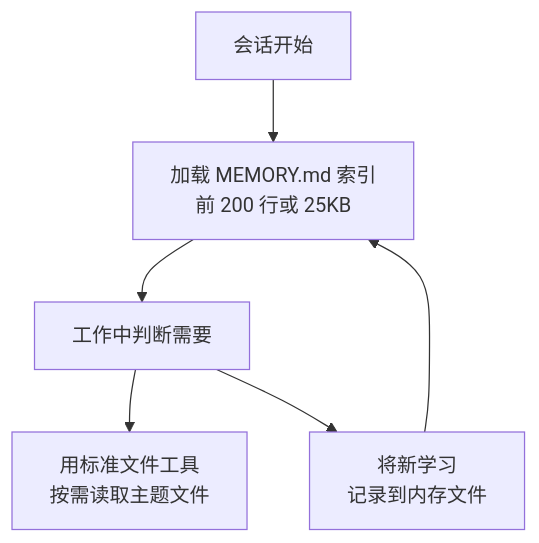
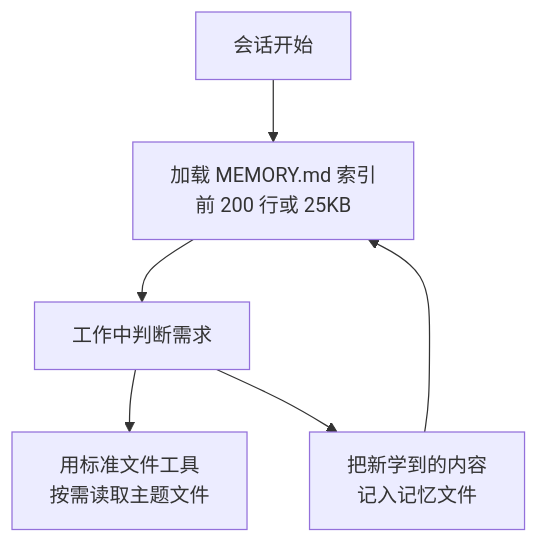
One commit to modu-ai/moai-adk changed the second of 2 diagrams in docs-site/content/zh/claude-code/context-memory/memory.md. Above: the diagram before and after it, drawn with Mermaid. The commit also changed other lines of this file and 395 other files, not shown here.

````diff
--- a/docs-site/content/zh/claude-code/context-memory/memory.md
+++ b/docs-site/content/zh/claude-code/context-memory/memory.md
@@ -139,8 +139,8 @@
 ```mermaid
 flowchart TD
     A["会话开始"] --> B["加载 MEMORY.md 索引<br>前 200 行或 25KB"]
-    B --> C["工作中判断需要"]
+    B --> C["工作中判断需求"]
     C --> D["用标准文件工具<br>按需读取主题文件"]
-    C --> E["将新学习<br>记录到内存文件"]
+    C --> E["把新学到的内容<br>记入记忆文件"]
     E --> B
 ```
````
